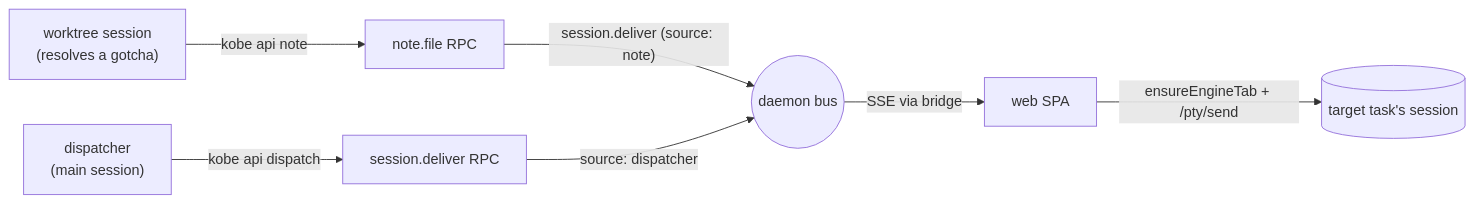
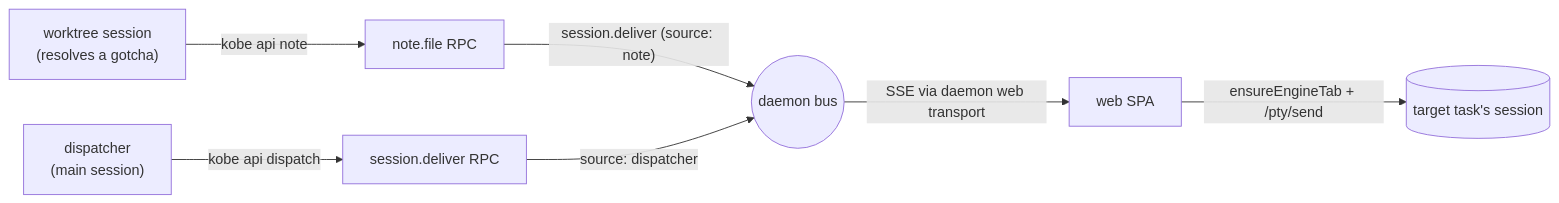
The diagram in docs/design/dispatcher.md (Sma1lboy/kobe), drawn with Mermaid before and after one commit. The commit also changed other lines of this file and 2 other files, not shown here.

Commit message:
docs: align agent docs with daemon web transport
Refresh the operator manual and web design notes after the daemon-owned web transport migration. Replace current-facing bridge diagrams and lifetime guidance with the daemon web transport shape while leaving historical MCP/legacy bridge docs intact.

````diff
--- a/docs/design/dispatcher.md
+++ b/docs/design/dispatcher.md
@@ -16,9 +16,9 @@
 ```mermaid
 flowchart LR
   W["worktree session\n(resolves a gotcha)"] -- "kobe api note" --> RPC[note.file RPC]
   RPC -- "session.deliver (source: note)" --> Bus((daemon bus))
   D["dispatcher\n(main session)"] -- "kobe api dispatch" --> RPC2[session.deliver RPC]
   RPC2 -- "source: dispatcher" --> Bus
-  Bus -- SSE via bridge --> SPA[web SPA]
+  Bus -- SSE via daemon web transport --> SPA[web SPA]
   SPA -- "ensureEngineTab + /pty/send" --> S[(target task's session)]
 ```
````
